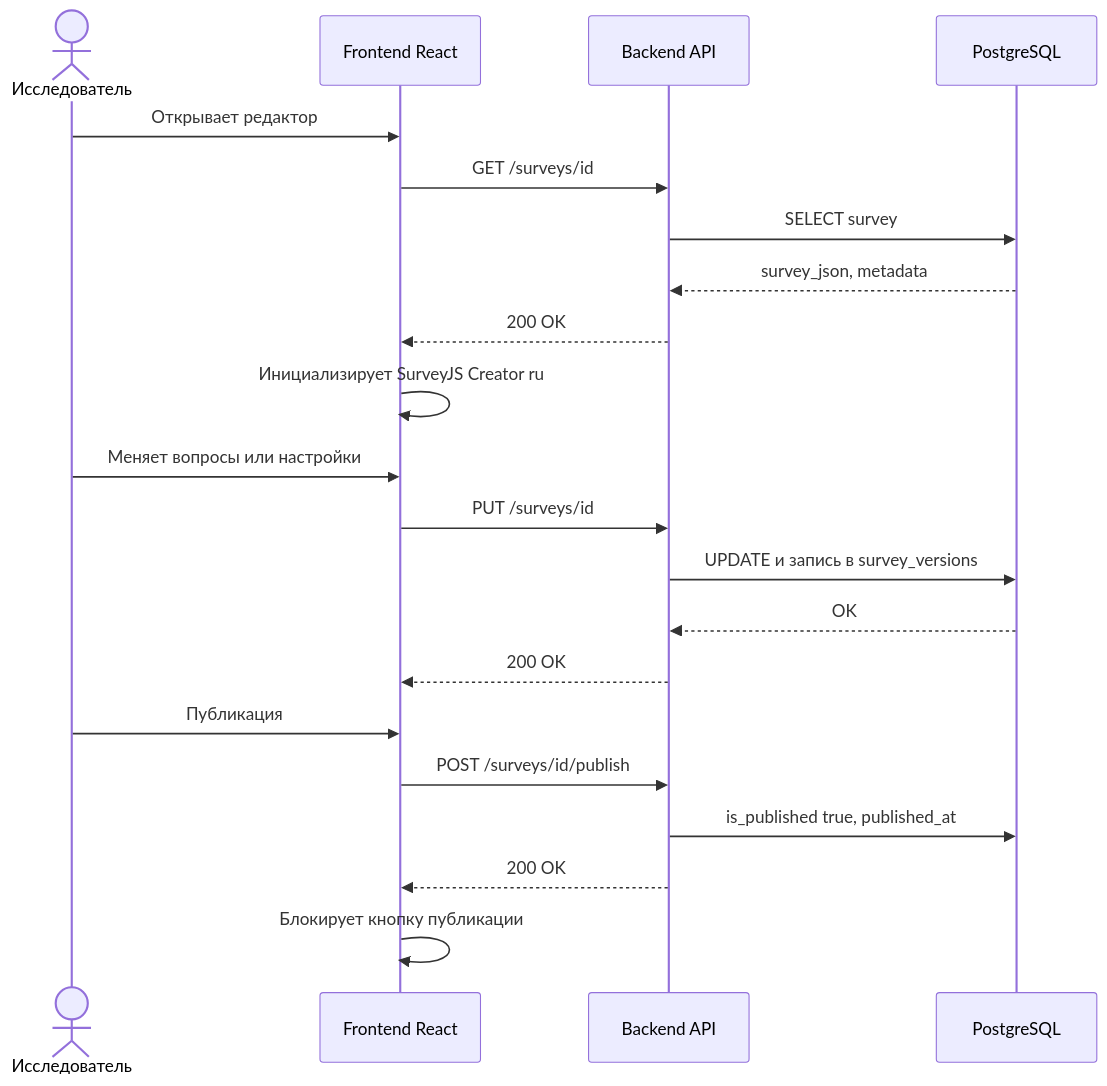
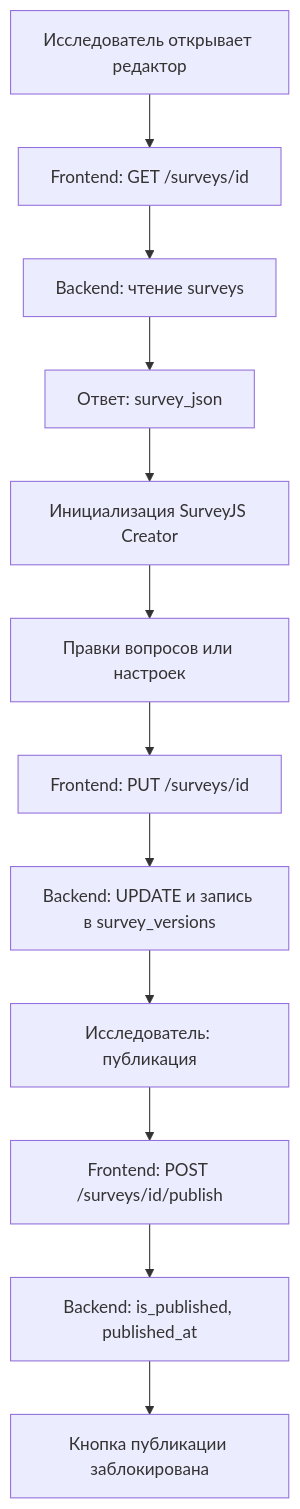
Before and after one commit to sanya2905/survey-constructor-service: the second of 3 diagrams in docs/vkr-podsystema-konstruktor-anketirovaniya.md, drawn with Mermaid. The commit also changed other lines of this file and 1 other file, not shown here.

Commit message:
docs: узкие одноколоночные схемы Mermaid под лист А4

````diff
--- a/docs/vkr-podsystema-konstruktor-anketirovaniya.md
+++ b/docs/vkr-podsystema-konstruktor-anketirovaniya.md
@@ -109,26 +102,17 @@
 ```mermaid
-sequenceDiagram
-    actor U as Исследователь
-    participant F as Frontend React
-    participant API as Backend API
-    participant DB as PostgreSQL
+flowchart TD
+    S1[Исследователь открывает редактор]
+    S2[Frontend: GET /surveys/id]
+    S3[Backend: чтение surveys]
+    S4[Ответ: survey_json]
+    S5[Инициализация SurveyJS Creator]
+    S6[Правки вопросов или настроек]
+    S7[Frontend: PUT /surveys/id]
+    S8[Backend: UPDATE и запись в survey_versions]
+    S9[Исследователь: публикация]
+    S10[Frontend: POST /surveys/id/publish]
+    S11[Backend: is_published, published_at]
+    S12[Кнопка публикации заблокирована]
 
-    U->>F: Открывает редактор
-    F->>API: GET /surveys/id
-    API->>DB: SELECT survey
-    DB-->>API: survey_json, metadata
-    API-->>F: 200 OK
-    F->>F: Инициализирует SurveyJS Creator ru
-
-    U->>F: Меняет вопросы или настройки
-    F->>API: PUT /surveys/id
-    API->>DB: UPDATE и запись в survey_versions
-    DB-->>API: OK
-    API-->>F: 200 OK
-
-    U->>F: Публикация
-    F->>API: POST /surveys/id/publish
-    API->>DB: is_published true, published_at
-    API-->>F: 200 OK
-    F->>F: Блокирует кнопку публикации
+    S1 --> S2 --> S3 --> S4 --> S5 --> S6 --> S7 --> S8 --> S9 --> S10 --> S11 --> S12
 ```
````
